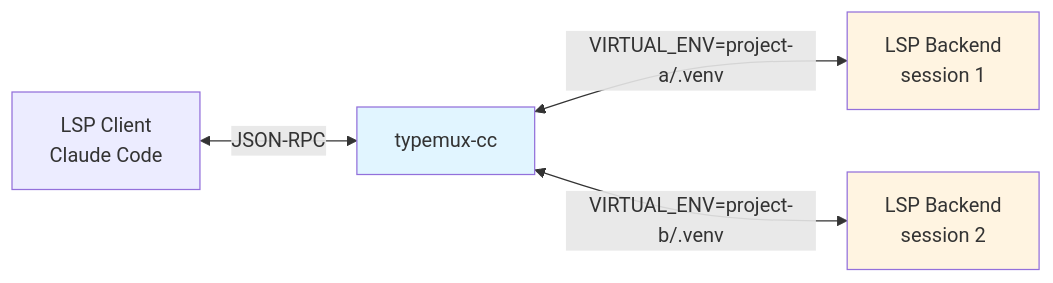
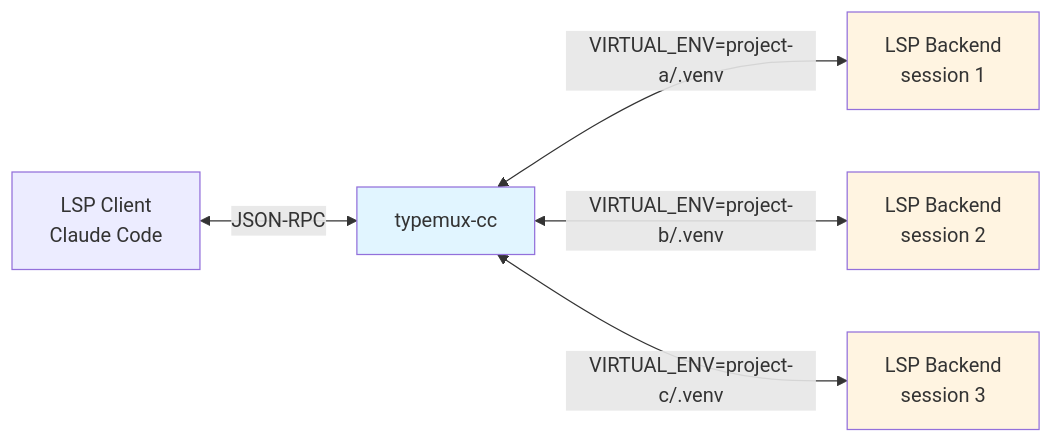
The first of 6 diagrams in ARCHITECTURE.md (K-dash/pyright-lsp-proxy), drawn with Mermaid before and after one commit. The commit also changed other lines of this file, not shown here.

First line of the commit message:
docs: rewrite ARCHITECTURE.md for multi-backend pool and warmup readiness (#14)

````diff
--- a/ARCHITECTURE.md
+++ b/ARCHITECTURE.md
@@ -52,10 +52,12 @@
 ```mermaid
 graph LR
     Client[LSP Client<br/>Claude Code] <-->|JSON-RPC| Proxy[typemux-cc]
     Proxy <-->|VIRTUAL_ENV=project-a/.venv| Backend1[LSP Backend<br/>session 1]
     Proxy <-->|VIRTUAL_ENV=project-b/.venv| Backend2[LSP Backend<br/>session 2]
+    Proxy <-->|VIRTUAL_ENV=project-c/.venv| Backend3[LSP Backend<br/>session 3]
 
     style Proxy fill:#e1f5ff
     style Backend1 fill:#fff4e1
     style Backend2 fill:#fff4e1
+    style Backend3 fill:#fff4e1
 ```
````
